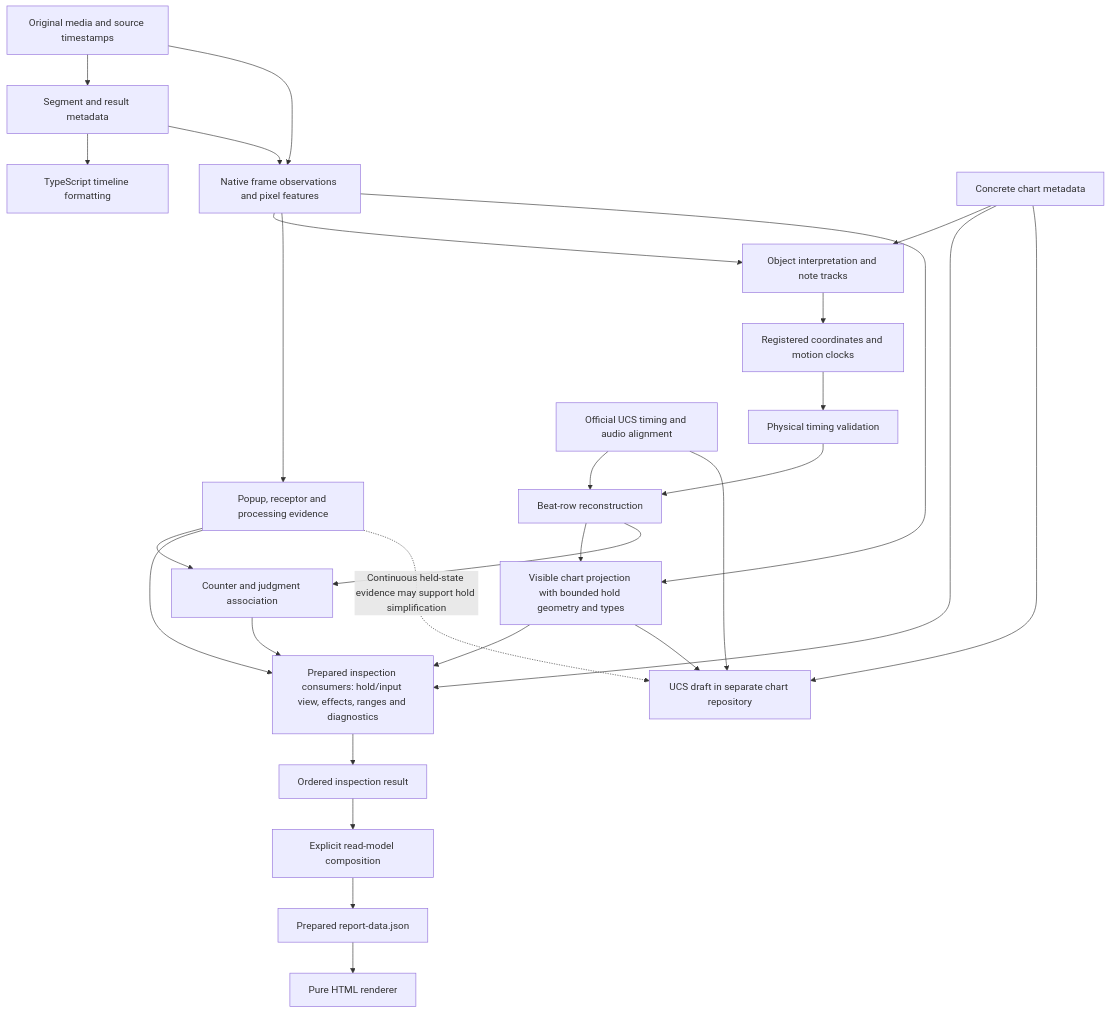
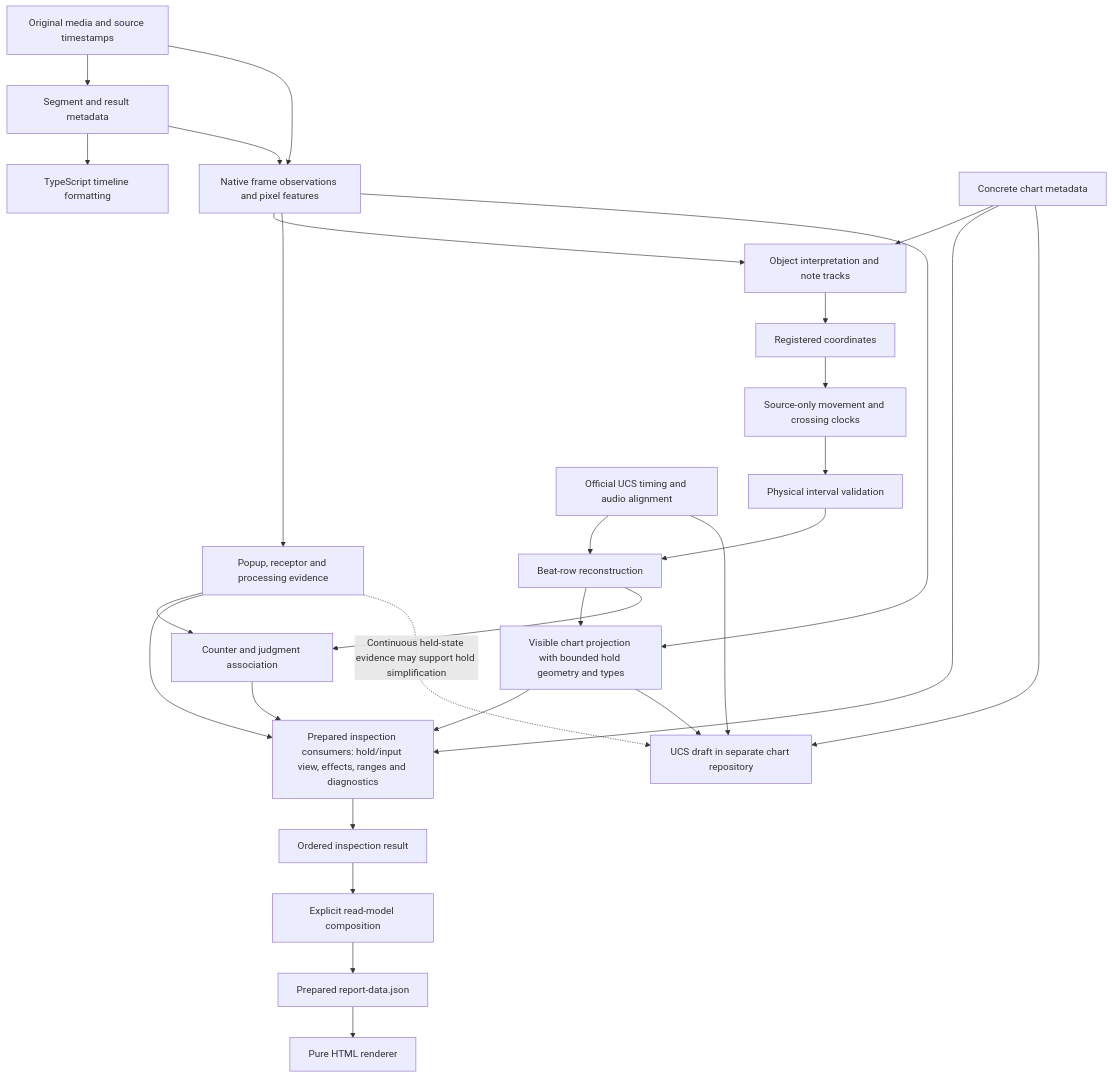
The diagram in docs/play-data-flow.md (lllllrad/piu-video-timeline-generator), drawn with Mermaid before and after one commit. The commit also changed other lines of this file and 42 other files, not shown here.

Commit message:
Separate visual tracking, coordinate measurement and physical timing stages

````diff
--- a/docs/play-data-flow.md
+++ b/docs/play-data-flow.md
@@ -17,30 +17,31 @@
 ```mermaid
 flowchart TD
     media[Original media and source timestamps] --> metadata[Segment and result metadata]
     metadata --> timeline[TypeScript timeline formatting]
     media --> observations[Native frame observations and pixel features]
     metadata --> observations
     observations --> objects[Object interpretation and note tracks]
-    objects --> coordinates[Registered coordinates and motion clocks]
-    coordinates --> native[Physical timing validation]
+    objects --> coordinates[Registered coordinates]
+    coordinates --> physical[Source-only movement and crossing clocks]
+    physical --> native[Physical interval validation]
     native --> beats[Beat-row reconstruction]
     timing[Official UCS timing and audio alignment] --> beats
     observations --> evidence[Popup, receptor and processing evidence]
     beats --> visible[Visible chart projection with bounded hold geometry and types]
     observations --> visible
     beats --> associations[Counter and judgment association]
     evidence --> associations
     visible --> inspection[Prepared inspection consumers: hold/input view, effects, ranges and diagnostics]
     associations --> inspection
     evidence --> inspection
     inspection --> results[Ordered inspection result]
     results --> composition[Explicit read-model composition]
     composition --> prepared[Prepared report-data.json]
     prepared --> renderer[Pure HTML renderer]
     visible --> chart[UCS draft in separate chart repository]
     timing --> chart
     evidence -. Continuous held-state evidence may support hold simplification .-> chart
     policy[Concrete chart metadata] --> objects
     policy --> inspection
     policy --> chart
 ```
````
